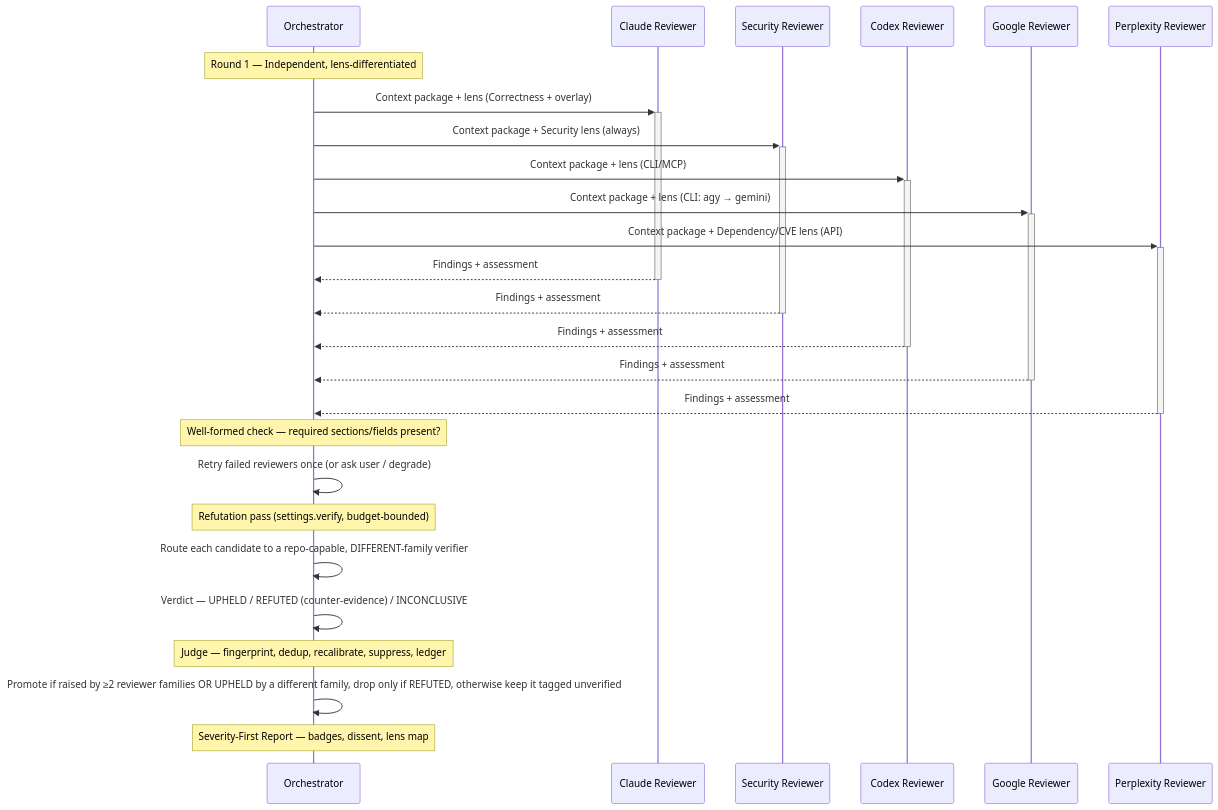
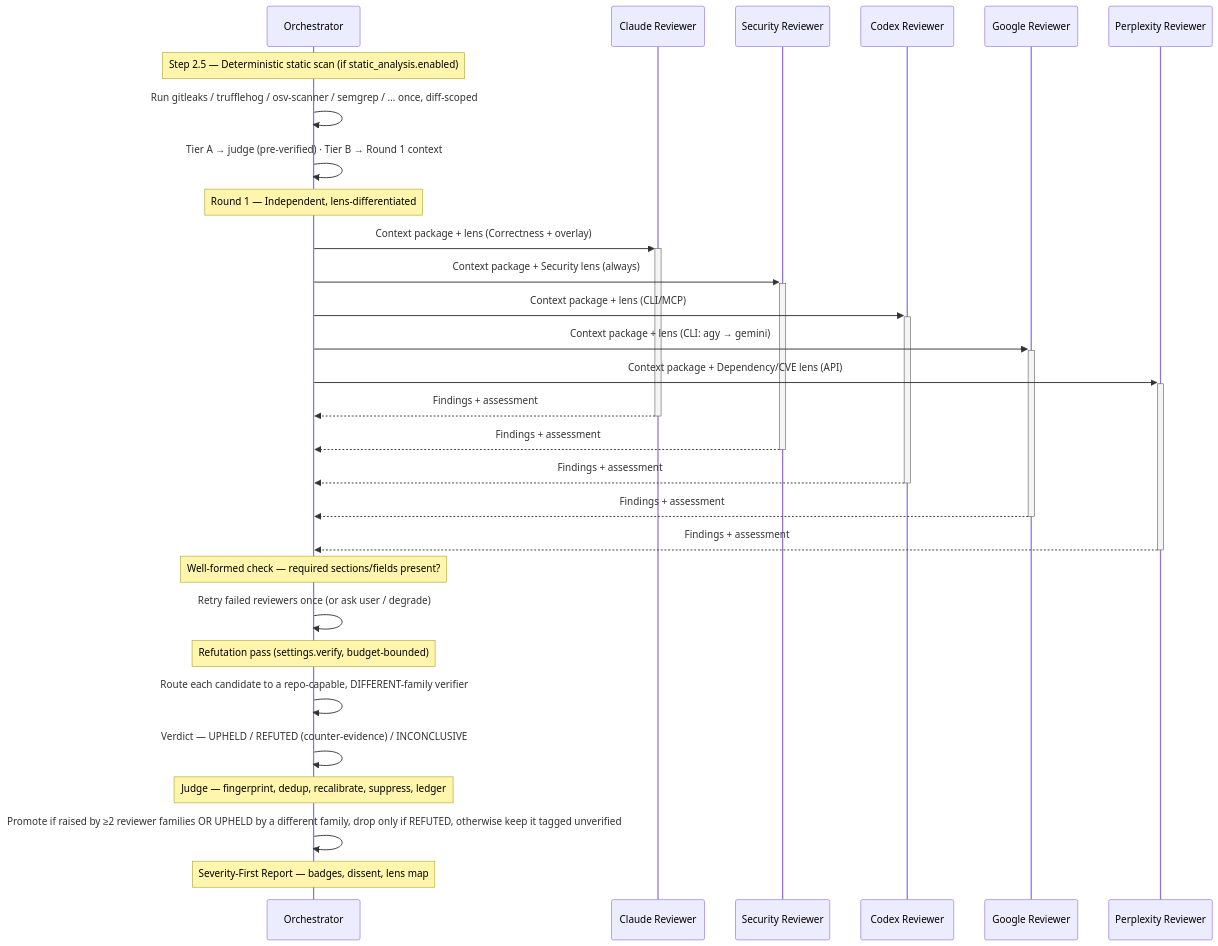
One commit to deployhq/review-council changed the third of 5 diagrams in README.md. Above: the diagram before and after it, drawn with Mermaid. The commit also changed other lines of this file and 6 other files, not shown here.

````diff
--- a/README.md
+++ b/README.md
@@ -351,33 +353,37 @@
 ```mermaid
 sequenceDiagram
     participant O as Orchestrator
     participant C as Claude Reviewer
     participant S as Security Reviewer
     participant X as Codex Reviewer
     participant G as Google Reviewer
     participant P as Perplexity Reviewer
+
+    Note over O: Step 2.5 — Deterministic static scan (if static_analysis.enabled)
+    O->>O: Run gitleaks / trufflehog / osv-scanner / semgrep / … once, diff-scoped
+    O->>O: Tier A → judge (pre-verified) · Tier B → Round 1 context
 
     Note over O: Round 1 — Independent, lens-differentiated
     O->>+C: Context package + lens (Correctness + overlay)
     O->>+S: Context package + Security lens (always)
     O->>+X: Context package + lens (CLI/MCP)
     O->>+G: Context package + lens (CLI: agy → gemini)
     O->>+P: Context package + Dependency/CVE lens (API)
     C-->>-O: Findings + assessment
     S-->>-O: Findings + assessment
     X-->>-O: Findings + assessment
     G-->>-O: Findings + assessment
     P-->>-O: Findings + assessment
 
     Note over O: Well-formed check — required sections/fields present?
     O->>O: Retry failed reviewers once (or ask user / degrade)
 
     Note over O: Refutation pass (settings.verify, budget-bounded)
     O->>O: Route each candidate to a repo-capable, DIFFERENT-family verifier
     O->>O: Verdict — UPHELD / REFUTED (counter-evidence) / INCONCLUSIVE
 
     Note over O: Judge — fingerprint, dedup, recalibrate, suppress, ledger
     O->>O: Promote if raised by ≥2 reviewer families OR UPHELD by a different family, drop only if REFUTED, otherwise keep it tagged unverified
 
     Note over O: Severity-First Report — badges, dissent, lens map
 ```
````
